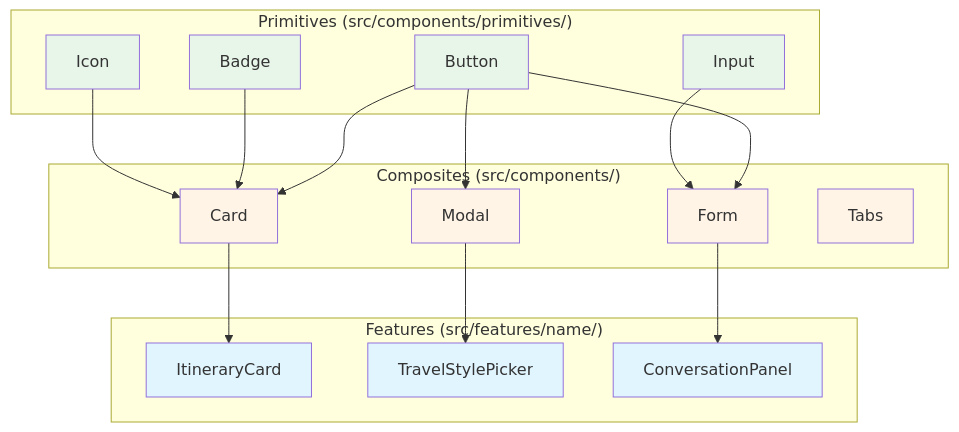
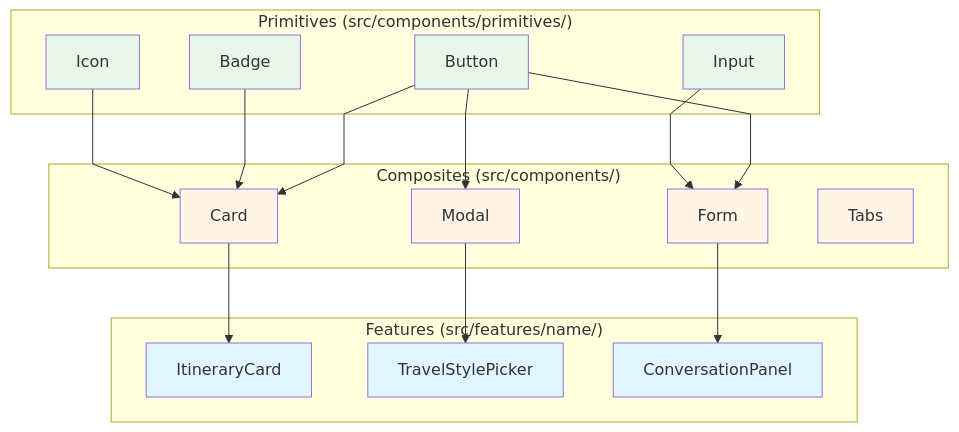
One commit to JosemaPereira/TrAIveler changed the diagram in docs/ui-guidelines.md. Above: the diagram before and after it, drawn with Mermaid. The commit also changed 15 other files, not shown here.

````diff
--- a/docs/ui-guidelines.md
+++ b/docs/ui-guidelines.md
@@ -91,45 +91,46 @@
 ```mermaid
+%%{init: {'flowchart': {'curve': 'linear'}}}%%
 graph TB
     subgraph "Primitives (src/components/primitives/)"
         P1[Button]
         P2[Input]
         P3[Badge]
         P4[Icon]
     end
 
     subgraph "Composites (src/components/)"
         C1[Card]
         C2[Modal]
         C3[Form]
         C4[Tabs]
     end
 
     subgraph "Features (src/features/name/)"
         F1[ItineraryCard]
         F2[TravelStylePicker]
         F3[ConversationPanel]
     end
 
     P1 --> C1
     P1 --> C2
     P1 --> C3
     P2 --> C3
     P3 --> C1
     P4 --> C1
 
     C1 --> F1
     C2 --> F2
     C3 --> F3
 
     style P1 fill:#e8f5e9
     style P2 fill:#e8f5e9
     style P3 fill:#e8f5e9
     style P4 fill:#e8f5e9
     style C1 fill:#fff4e6
     style C2 fill:#fff4e6
     style C3 fill:#fff4e6
     style C4 fill:#fff4e6
     style F1 fill:#e1f5ff
     style F2 fill:#e1f5ff
     style F3 fill:#e1f5ff
 ```
````
